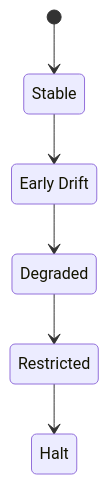
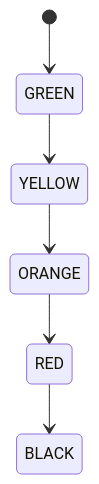
One commit to GeneralSergal/ORP changed the third of 4 diagrams in README.md. Above: the diagram before and after it, drawn with Mermaid. The commit also changed other lines of this file, not shown here.

````diff
--- a/README.md
+++ b/README.md
@@ -112,14 +90,8 @@
 ```mermaid
 stateDiagram-v2
     [*] --> GREEN
     GREEN --> YELLOW
     YELLOW --> ORANGE
     ORANGE --> RED
     RED --> BLACK
-
-    GREEN: Stable
-    YELLOW: Early Drift
-    ORANGE: Degraded
-    RED: Restricted
-    BLACK: Halt
 ```
````
